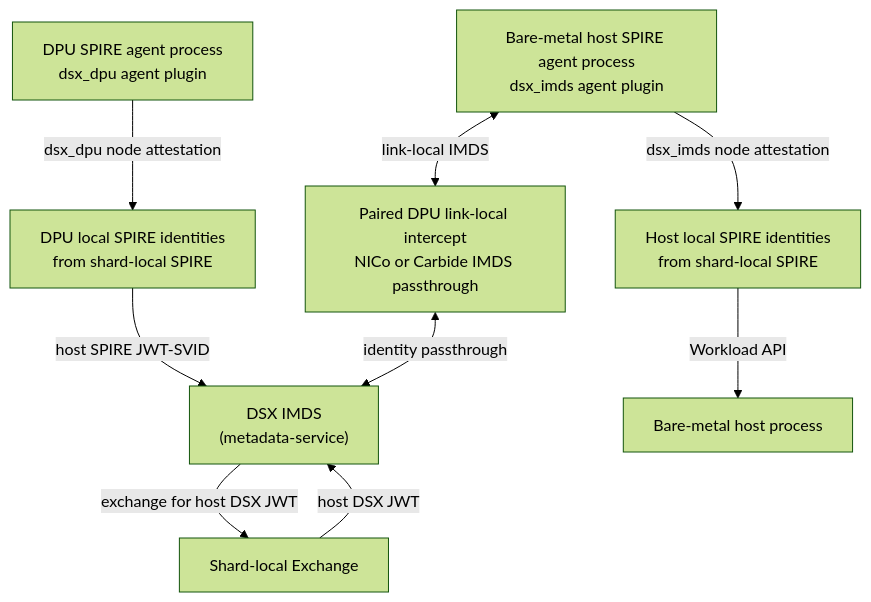
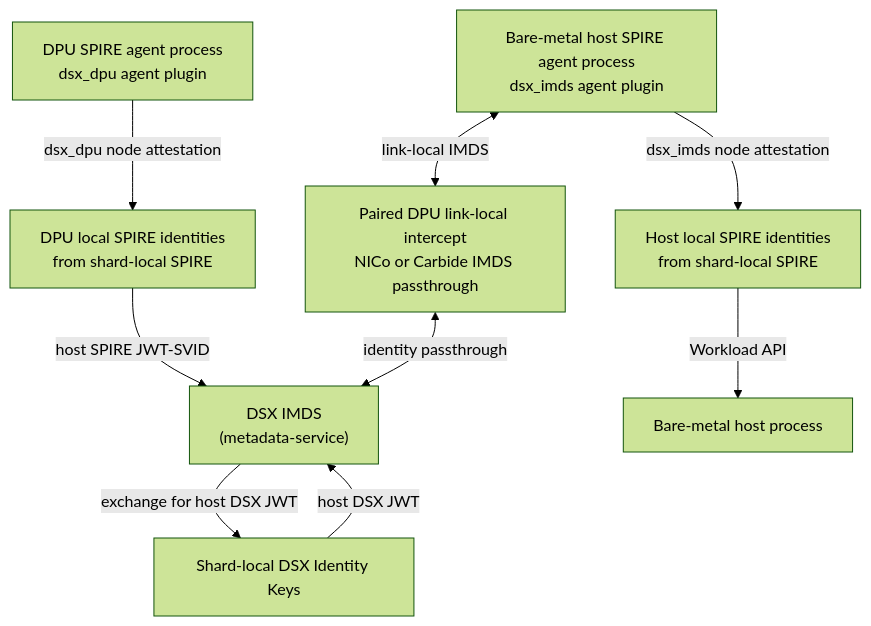
Before and after one commit to dsx-ai-factory/nvidia-workload-identity: the first of 2 diagrams in cmd/dsx-imds-node-attestor-agent/README.md, drawn with Mermaid (forest theme). The commit also changed other lines of this file and 68 other files, not shown here.

Commit message:
fix!: rename component to dsx-identity-keys

````diff
--- a/cmd/dsx-imds-node-attestor-agent/README.md
+++ b/cmd/dsx-imds-node-attestor-agent/README.md
@@ -22,20 +22,20 @@
 ```mermaid
 flowchart TB
   DPUIdentities["DPU local SPIRE identities<br/>from shard-local SPIRE"]
   HostIdentities["Host local SPIRE identities<br/>from shard-local SPIRE"]
-  Exchange["Shard-local Exchange"]
+  IdentityKeys["Shard-local DSX Identity Keys"]
   DPUAgent["DPU SPIRE agent process<br/>dsx_dpu agent plugin"]
   NICoIMDS["Paired DPU link-local intercept<br/>NICo or Carbide IMDS passthrough"]
   DSXIMDS["DSX IMDS<br/>(metadata-service)"]
   HostAgent["Bare-metal host SPIRE agent process<br/>dsx_imds agent plugin"]
   HostProcess["Bare-metal host process"]
 
   DPUAgent -->|"dsx_dpu node attestation"| DPUIdentities
   DPUIdentities -->|"host SPIRE JWT-SVID"| DSXIMDS
-  DSXIMDS -->|"exchange for host DSX JWT"| Exchange
-  Exchange -->|"host DSX JWT"| DSXIMDS
+  DSXIMDS -->|"exchange for host DSX JWT"| IdentityKeys
+  IdentityKeys -->|"host DSX JWT"| DSXIMDS
   HostAgent <-->|"link-local IMDS"| NICoIMDS
   NICoIMDS <-->|"identity passthrough"| DSXIMDS
   HostAgent -->|"dsx_imds node attestation"| HostIdentities
   HostIdentities -->|"Workload API"| HostProcess
 ```
````
